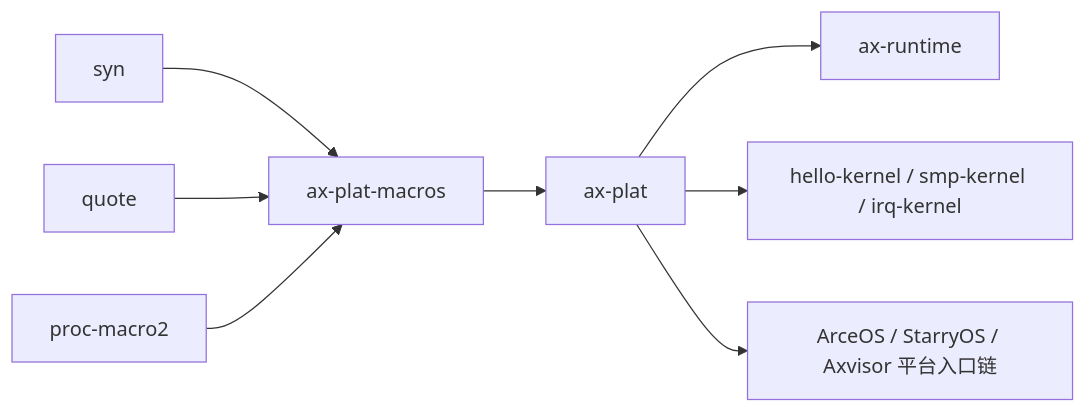
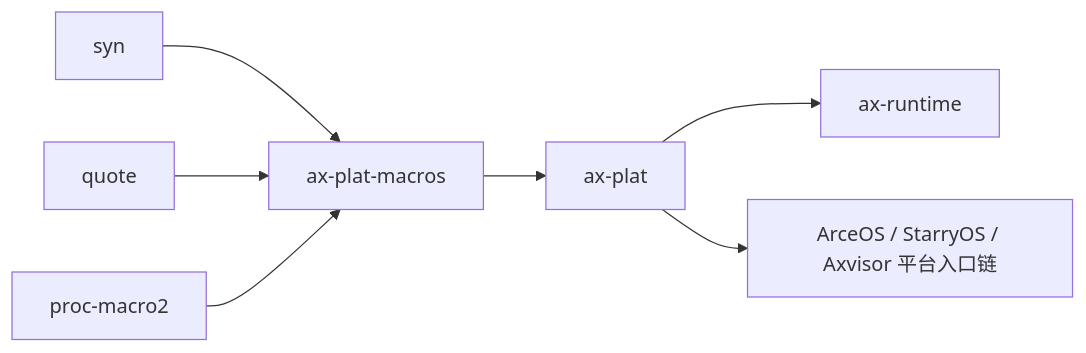
One commit to rcore-os/tgoskits changed the first of 2 diagrams in docs/docs/components/crates/ax-plat-macros.md. Above: the diagram before and after it, drawn with Mermaid. The commit also changed other lines of this file and 42 other files, not shown here.

First line of the commit message:
Remove hello-kernel, irq-kernel, and smp-kernel examples

````diff
--- a/docs/docs/components/crates/ax-plat-macros.md
+++ b/docs/docs/components/crates/ax-plat-macros.md
@@ -82,11 +82,10 @@
 ```mermaid
 graph LR
     syn["syn"] --> current["ax-plat-macros"]
     quote["quote"] --> current
     proc_macro2["proc-macro2"] --> current
 
     current --> axplat["ax-plat"]
     axplat --> ax-runtime["ax-runtime"]
-    axplat --> hello["hello-kernel / smp-kernel / irq-kernel"]
-    axplat --> oses["ArceOS / StarryOS / Axvisor 平台入口链"]
+        axplat --> oses["ArceOS / StarryOS / Axvisor 平台入口链"]
 ```
````
